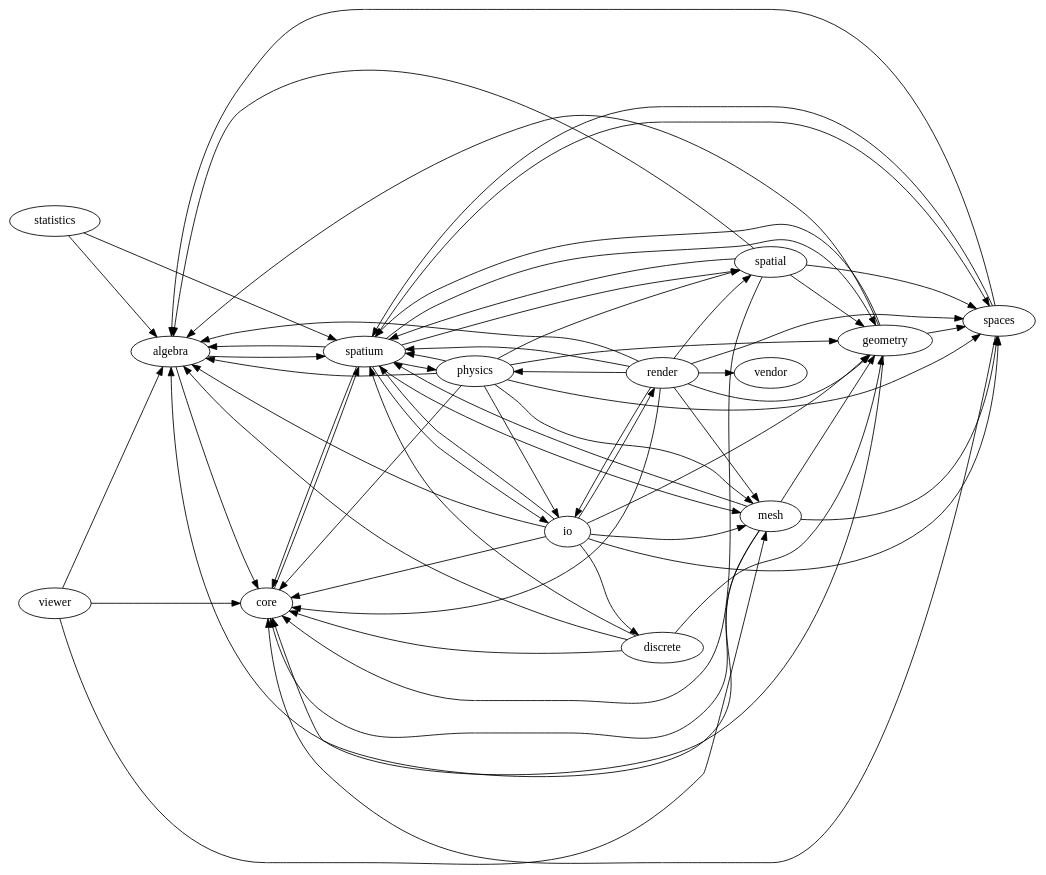
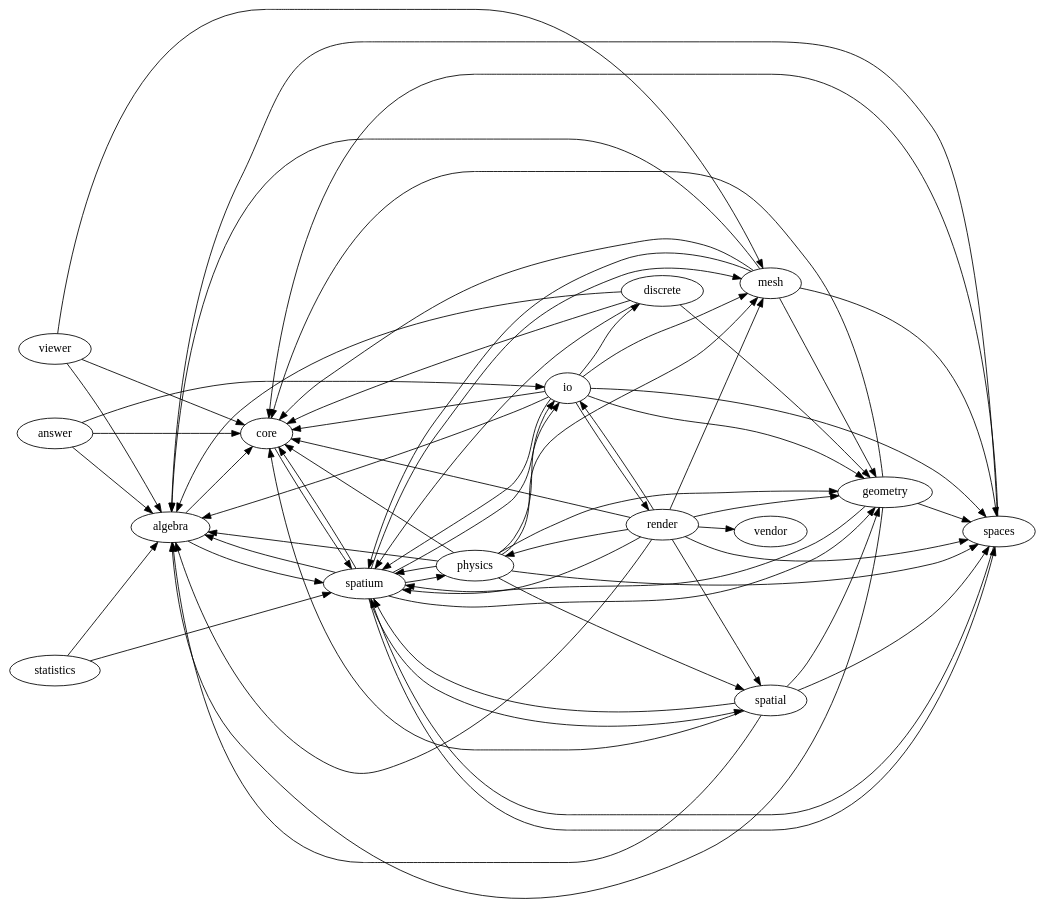
Before and after one commit to Vaniell0/spatium: the diagram in docs/dependency-graph.dot, drawn with Graphviz. The commit also changed 92 other files, not shown here.

```diff
--- a/docs/dependency-graph.dot
+++ b/docs/dependency-graph.dot
@@ -1,66 +1,69 @@
 digraph spatium_dependencies {
     rankdir=LR;
     "algebra" -> "core";
     "algebra" -> "spatium";
+    "answer" -> "algebra";
+    "answer" -> "core";
+    "answer" -> "io";
     "core" -> "spatium";
     "discrete" -> "algebra";
     "discrete" -> "core";
     "discrete" -> "geometry";
     "discrete" -> "spatium";
     "geometry" -> "algebra";
     "geometry" -> "core";
     "geometry" -> "spaces";
     "geometry" -> "spatium";
     "io" -> "algebra";
     "io" -> "core";
     "io" -> "discrete";
     "io" -> "geometry";
     "io" -> "mesh";
     "io" -> "render";
     "io" -> "spaces";
     "io" -> "spatium";
     "mesh" -> "algebra";
     "mesh" -> "core";
     "mesh" -> "geometry";
     "mesh" -> "spaces";
     "mesh" -> "spatium";
     "physics" -> "algebra";
     "physics" -> "core";
     "physics" -> "geometry";
     "physics" -> "io";
     "physics" -> "mesh";
     "physics" -> "spaces";
     "physics" -> "spatial";
     "physics" -> "spatium";
     "render" -> "algebra";
     "render" -> "core";
     "render" -> "geometry";
     "render" -> "io";
     "render" -> "mesh";
     "render" -> "physics";
     "render" -> "spaces";
     "render" -> "spatial";
     "render" -> "spatium";
     "render" -> "vendor";
     "spaces" -> "algebra";
     "spaces" -> "core";
     "spaces" -> "spatium";
     "spatial" -> "algebra";
     "spatial" -> "core";
     "spatial" -> "geometry";
     "spatial" -> "spaces";
     "spatial" -> "spatium";
     "spatium" -> "algebra";
     "spatium" -> "core";
     "spatium" -> "geometry";
     "spatium" -> "io";
     "spatium" -> "mesh";
     "spatium" -> "physics";
     "spatium" -> "spaces";
     "spatium" -> "spatial";
     "statistics" -> "algebra";
     "statistics" -> "spatium";
     "viewer" -> "algebra";
     "viewer" -> "core";
     "viewer" -> "mesh";
 }
```
